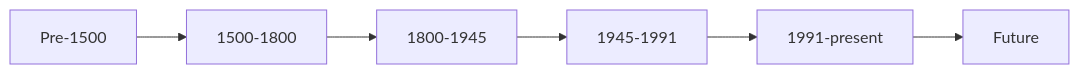
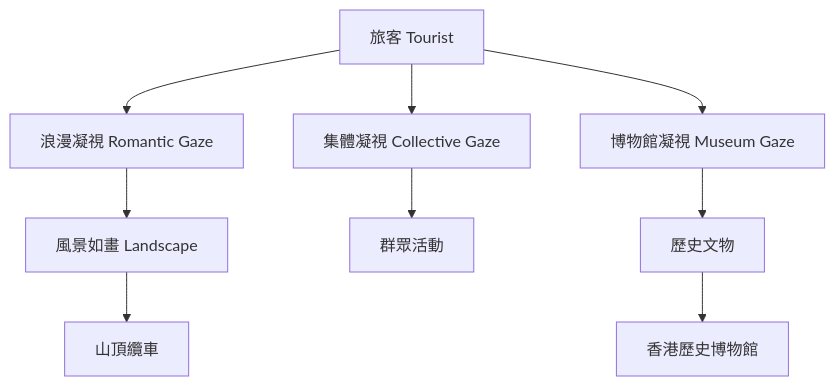
The sixth of 10 diagrams in 01_HKU_Courses/HIST3076_Tourism_and_history.md (yip-lgtm/HKU-Harvard-History-Self-Study), drawn with Mermaid before and after one commit. The commit also changed other lines of this file and 65 other files, not shown here.

````diff
--- a/01_HKU_Courses/HIST3076_Tourism_and_history.md
+++ b/01_HKU_Courses/HIST3076_Tourism_and_history.md
@@ -372,8 +323,11 @@
 ```mermaid
-graph LR
-    A[Pre-1500] --> B[1500-1800]
-    B --> C[1800-1945]
-    C --> D[1945-1991]
-    D --> E[1991-present]
-    E --> F[Future]
+flowchart TD
+    A[旅客 Tourist] --> B[浪漫凝視 Romantic Gaze]
+    A --> C[集體凝視 Collective Gaze]
+    A --> D[博物館凝視 Museum Gaze]
+    B --> E[風景如畫 Landscape]
+    C --> F[群眾活動]
+    D --> G[歷史文物]
+    E --> H[山頂纜車]
+    G --> I[香港歷史博物館]
 ```
````
